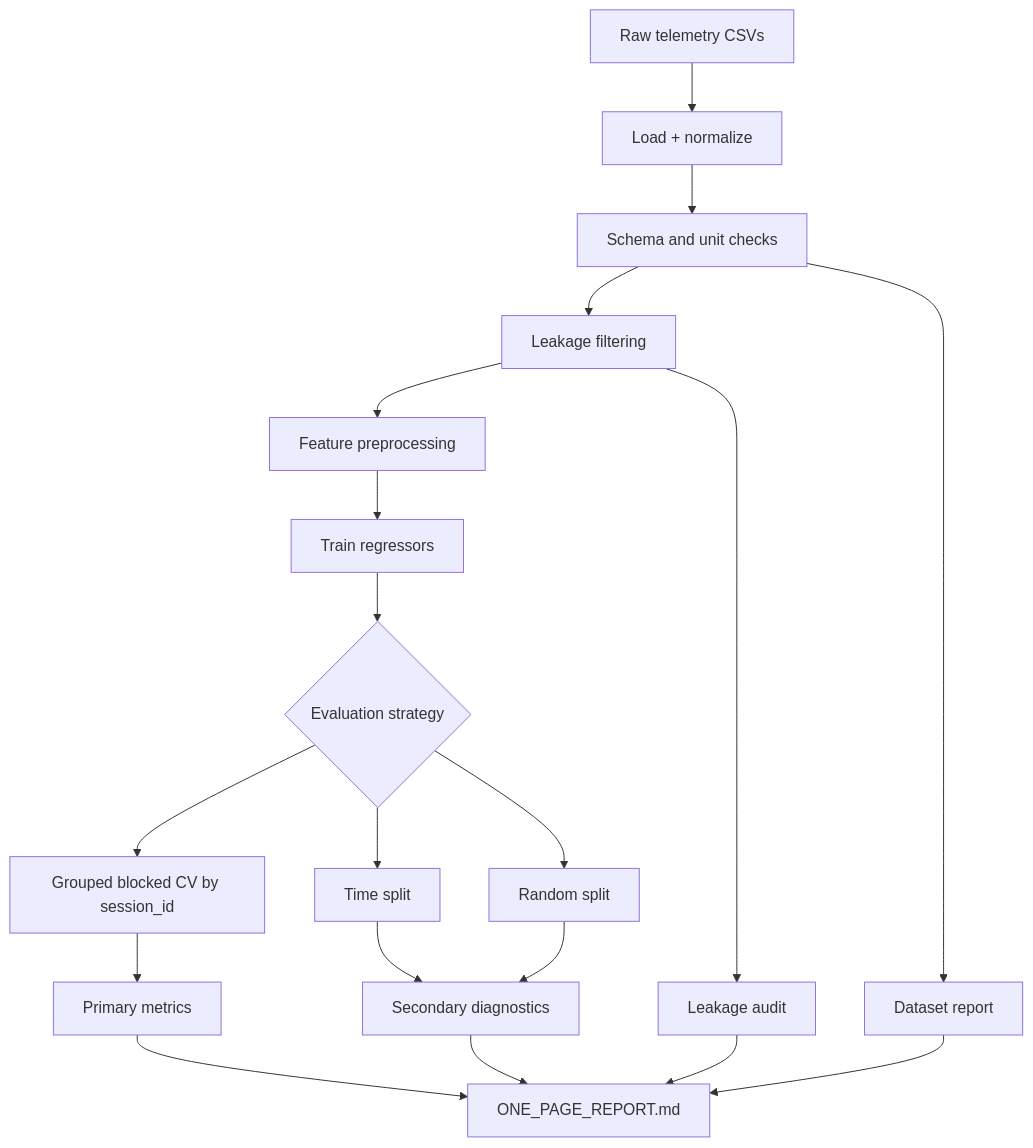
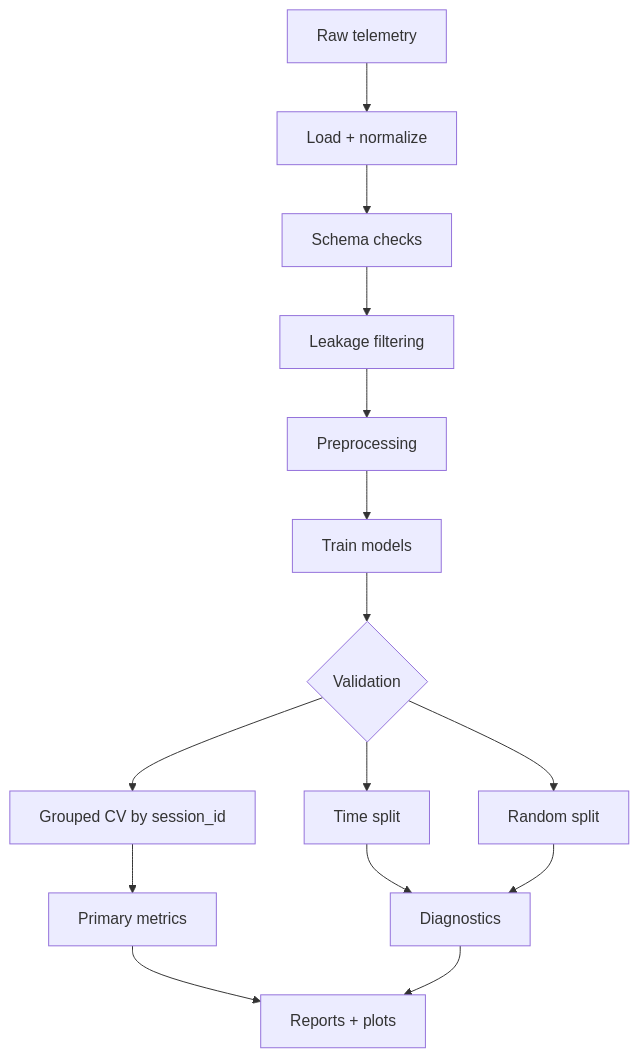
The second of 2 diagrams in README.md (jas0nriverah/gpu-power-modeling), drawn with Mermaid before and after one commit. The commit also changed other lines of this file, not shown here.

````diff
--- a/README.md
+++ b/README.md
@@ -125,24 +122,20 @@
 ```mermaid
 flowchart TD
-    A[Raw telemetry CSVs] --> B[Load + normalize]
-    B --> C[Schema and unit checks]
+    A[Raw telemetry] --> B[Load + normalize]
+    B --> C[Schema checks]
     C --> D[Leakage filtering]
-    D --> E[Feature preprocessing]
-    E --> F[Train regressors]
+    D --> E[Preprocessing]
+    E --> F[Train models]
 
-    F --> G{Evaluation strategy}
-    G --> H[Grouped blocked CV by session_id]
+    F --> G{Validation}
+    G --> H[Grouped CV by session_id]
     G --> I[Time split]
     G --> J[Random split]
 
     H --> K[Primary metrics]
-    I --> L[Secondary diagnostics]
+    I --> L[Diagnostics]
     J --> L
 
-    C --> M[Dataset report]
-    D --> N[Leakage audit]
-    K --> O[ONE_PAGE_REPORT.md]
-    L --> O
-    M --> O
-    N --> O
+    K --> M[Reports + plots]
+    L --> M
 ```
````
